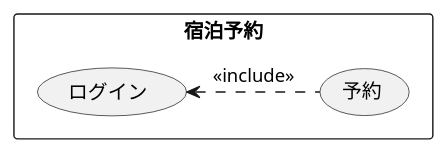
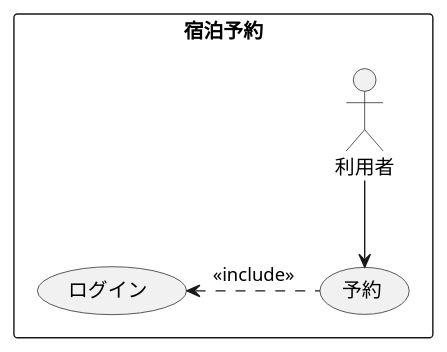
One commit to TTaKesAwA/uml-intro changed the diagram in 演習2-3_ホテル宿泊予約.pu. Above: the diagram before and after it, drawn with PlantUML. The commit also changed 3 other files, not shown here.

```diff
--- a/演習2-3_ホテル宿泊予約.pu
+++ b/演習2-3_ホテル宿泊予約.pu
@@ -1,7 +1,9 @@
 @startuml ユースケース図
 rectangle 宿泊予約 {
+actor 利用者
 usecase 予約
 usecase ログイン
 }
+利用者 --> 予約
 ログイン <. 予約 : << include >>
 @enduml
```
